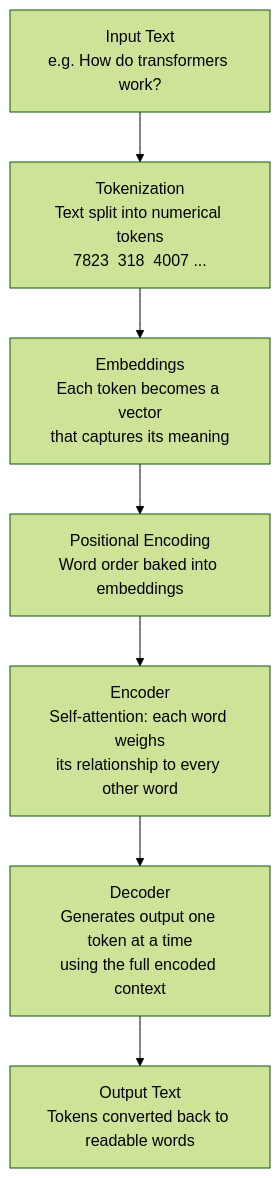
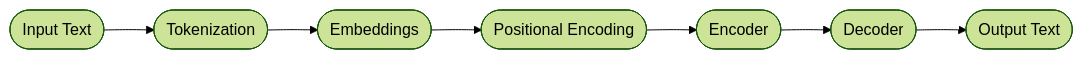
Before and after one commit to itsswatii/ai-learning: the fifth of 5 diagrams in week-01/ai-fundamentals.md, drawn with Mermaid (forest theme). The commit also changed other lines of this file and 1 other file, not shown here.

````diff
--- a/week-01/ai-fundamentals.md
+++ b/week-01/ai-fundamentals.md
@@ -197,10 +200,9 @@
 ```mermaid
-flowchart TD
-    A["Input Text\ne.g. How do transformers work?"]
-    --> B["Tokenization\nText split into numerical tokens\n7823  318  4007 ..."]
-    --> C["Embeddings\nEach token becomes a vector\nthat captures its meaning"]
-    --> D["Positional Encoding\nWord order baked into embeddings"]
-    --> E["Encoder\nSelf-attention: each word weighs\nits relationship to every other word"]
-    --> F["Decoder\nGenerates output one token at a time\nusing the full encoded context"]
-    --> G["Output Text\nTokens converted back to readable words"]
+flowchart LR
+    A([Input Text]) --> B([Tokenization])
+    B --> C([Embeddings])
+    C --> D([Positional Encoding])
+    D --> E([Encoder])
+    E --> F([Decoder])
+    F --> G([Output Text])
 ```
````
